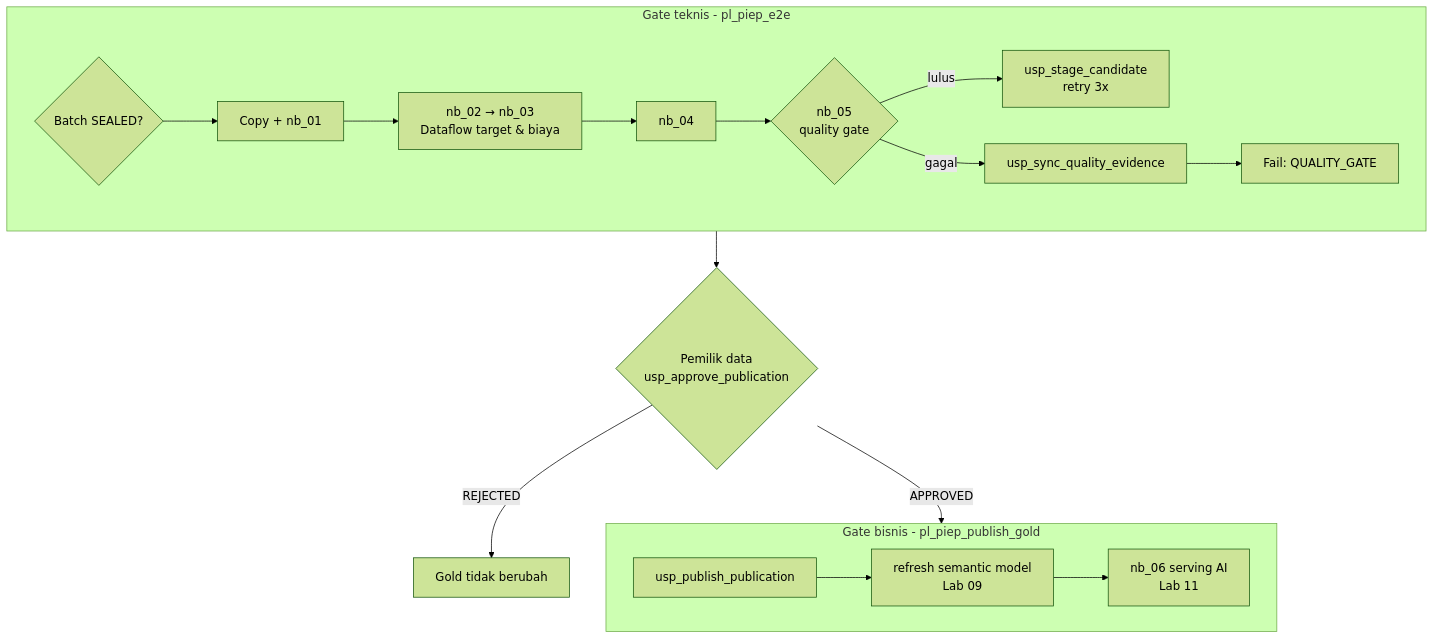
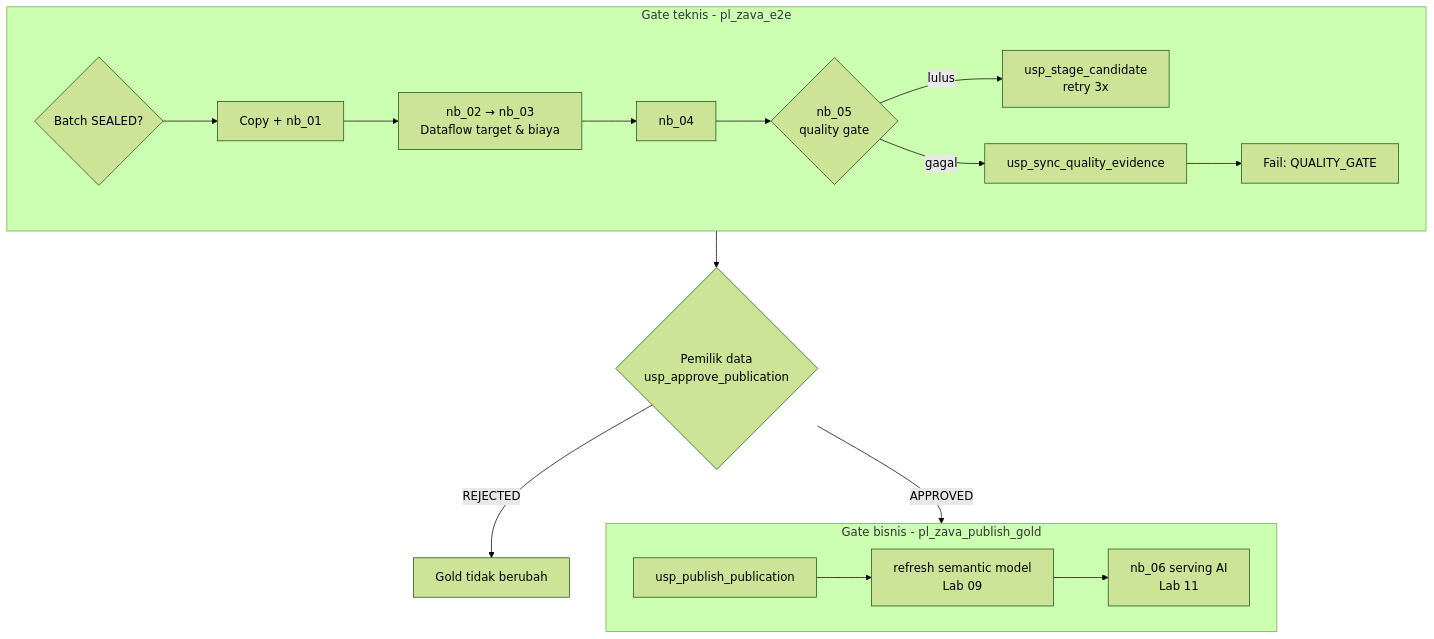
The first of 2 diagrams in demo tutorial/tutorial/08-orchestration.md (edhotp/Microsoft-Fabric-with-PPDM-Demo), drawn with Mermaid (forest theme) before and after one commit. The commit also changed other lines of this file and 67 other files, not shown here.

First line of the commit message:
Rebrand demo from PIEP to Zava Energy

````diff
--- a/demo tutorial/tutorial/08-orchestration.md
+++ b/demo tutorial/tutorial/08-orchestration.md
@@ -17,16 +17,16 @@
 ```mermaid
 flowchart TB
-    subgraph tech["Gate teknis - pl_piep_e2e"]
+    subgraph tech["Gate teknis - pl_zava_e2e"]
         direction LR
         G1{Batch SEALED?} --> ING[Copy + nb_01] --> TR[nb_02 → nb_03<br/>Dataflow target & biaya] --> NB4[nb_04] --> G2{nb_05<br/>quality gate}
         G2 -- lulus --> STG[usp_stage_candidate<br/>retry 3x]
         G2 -- gagal --> EVD[usp_sync_quality_evidence] --> FAIL[Fail: QUALITY_GATE]
     end
     STG --> G3{Pemilik data<br/>usp_approve_publication}
-    subgraph pub["Gate bisnis - pl_piep_publish_gold"]
+    subgraph pub["Gate bisnis - pl_zava_publish_gold"]
         direction LR
         PUB[usp_publish_publication] --> SM[refresh semantic model<br/>Lab 09] --> AI[nb_06 serving AI<br/>Lab 11]
     end
     G3 -- APPROVED --> PUB
     G3 -- REJECTED --> STOP[Gold tidak berubah]
 ```
````
